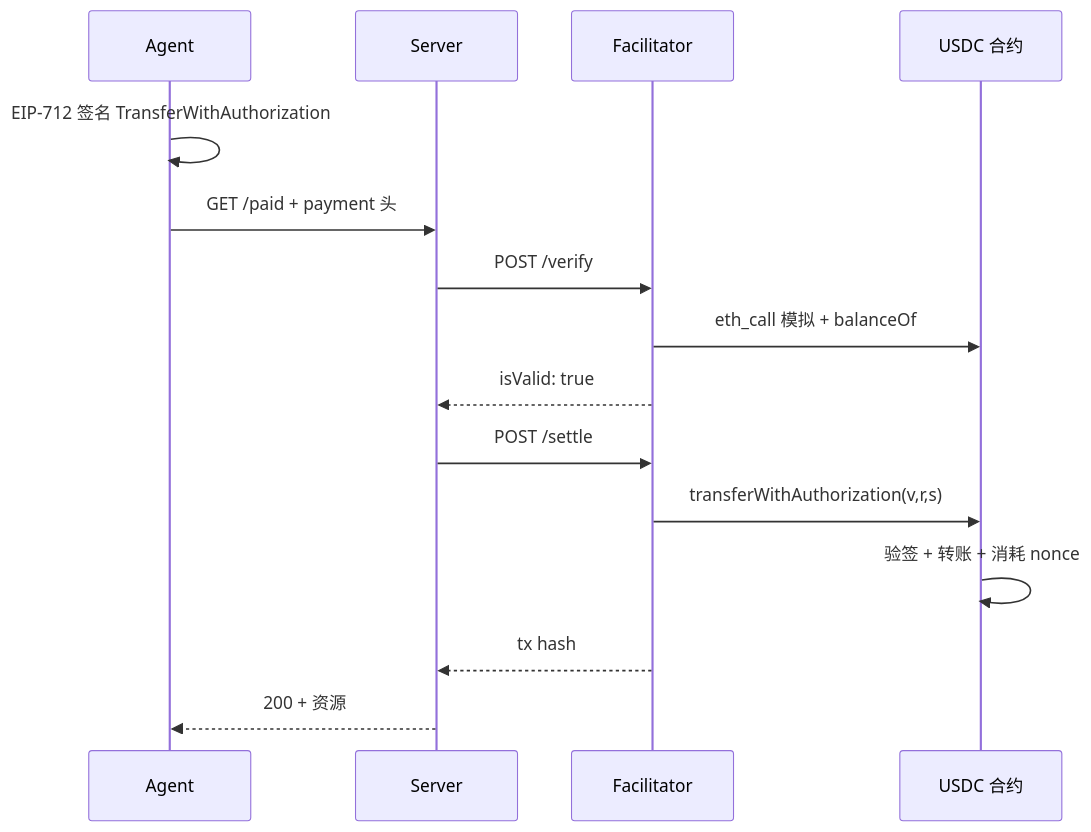
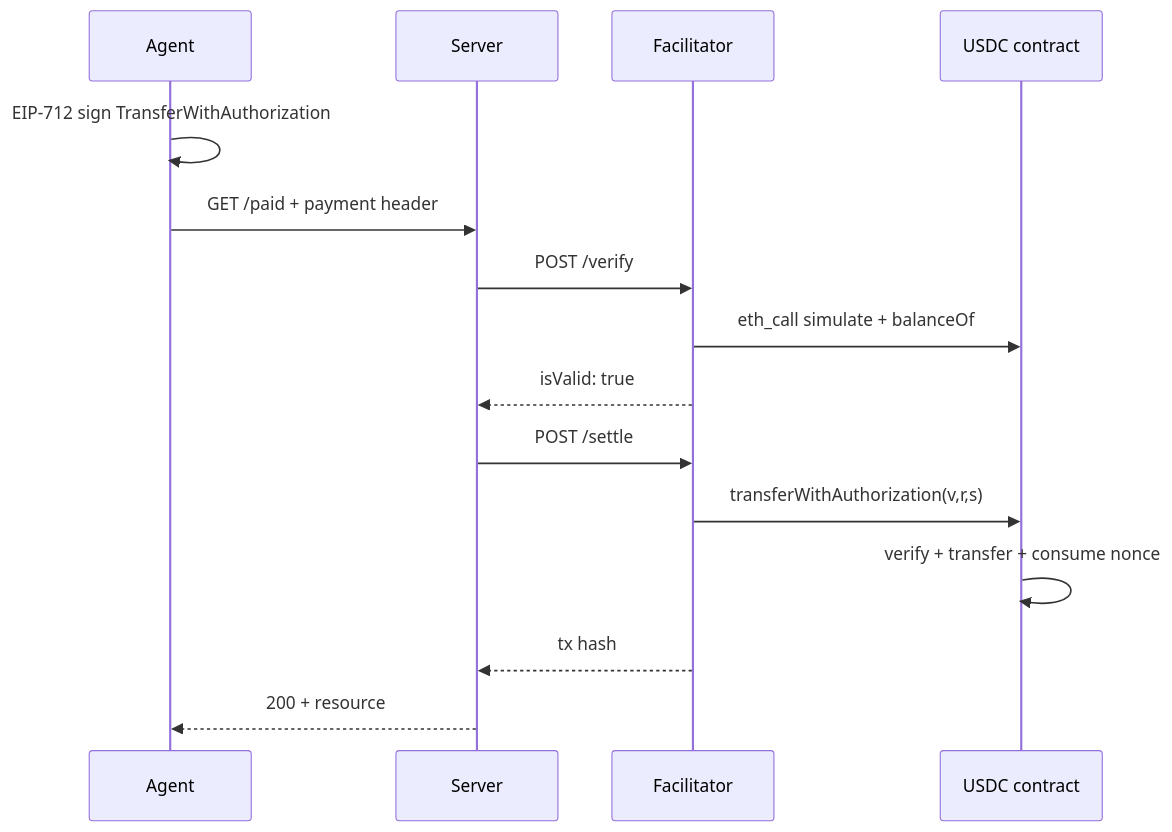
Before and after one commit to yrong/notes: the second of 2 diagrams in content/post/2026-07-03-stripe-x402-ai-agent-payments.md, drawn with Mermaid. The commit also changed other lines of this file and 7 other files, not shown here.

````diff
--- a/content/post/2026-07-03-stripe-x402-ai-agent-payments.md
+++ b/content/post/2026-07-03-stripe-x402-ai-agent-payments.md
@@ -150,21 +150,21 @@
 ```mermaid
 sequenceDiagram
     participant Agent
     participant Server
     participant Facilitator
-    participant USDC as USDC 合约
+    participant USDC as USDC contract
 
-    Agent->>Agent: EIP-712 签名 TransferWithAuthorization
-    Agent->>Server: GET /paid + payment 头
+    Agent->>Agent: EIP-712 sign TransferWithAuthorization
+    Agent->>Server: GET /paid + payment header
 
     Server->>Facilitator: POST /verify
-    Facilitator->>USDC: eth_call 模拟 + balanceOf
+    Facilitator->>USDC: eth_call simulate + balanceOf
     Facilitator-->>Server: isValid: true
 
     Server->>Facilitator: POST /settle
     Facilitator->>USDC: transferWithAuthorization(v,r,s)
-    USDC->>USDC: 验签 + 转账 + 消耗 nonce
+    USDC->>USDC: verify + transfer + consume nonce
     Facilitator-->>Server: tx hash
 
-    Server-->>Agent: 200 + 资源
+    Server-->>Agent: 200 + resource
 ```
````
